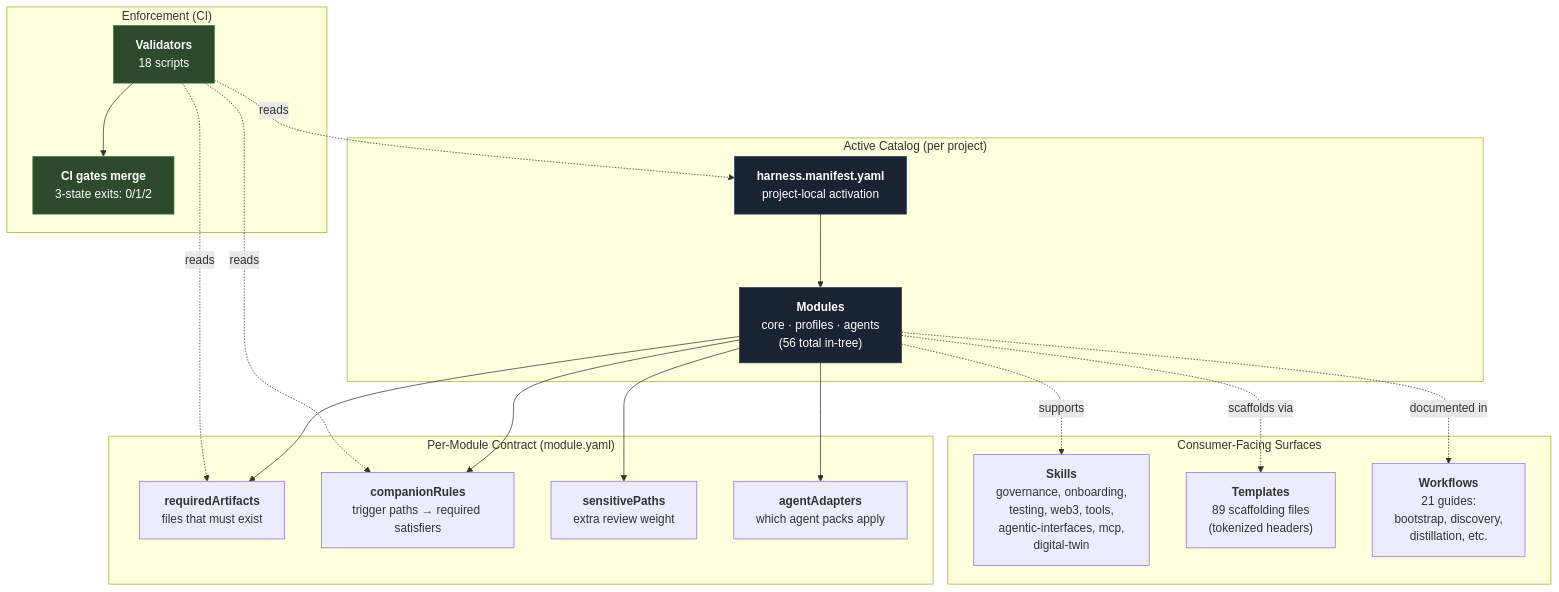
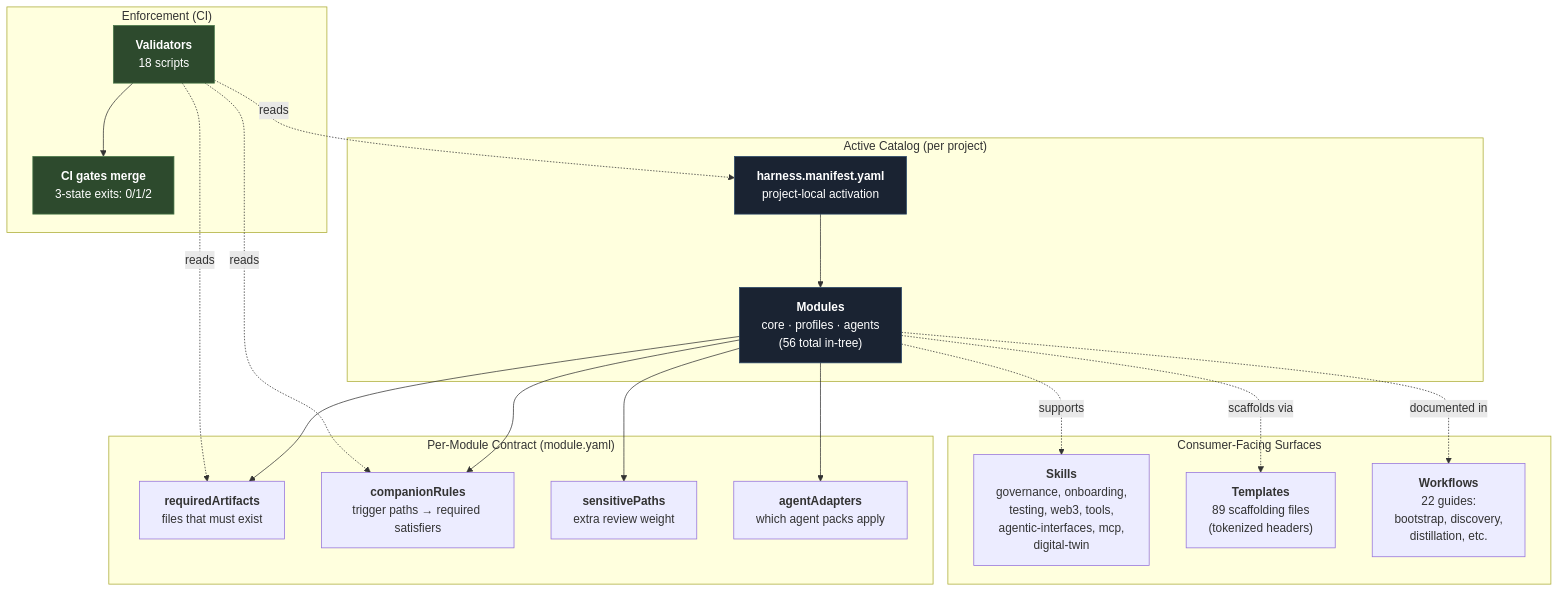
The first of 16 diagrams in docs/architecture/diagrams.md (unclenate/auto-harness), drawn with Mermaid before and after one commit. The commit also changed 11 other files, not shown here.

````diff
--- a/docs/architecture/diagrams.md
+++ b/docs/architecture/diagrams.md
@@ -53,38 +53,38 @@
 ```mermaid
 flowchart TD
     Manifest["<b>harness.manifest.yaml</b><br/>project-local activation"]
 
     subgraph CATALOG["Active Catalog (per project)"]
         Manifest --> Modules["<b>Modules</b><br/>core · profiles · agents<br/>(56 total in-tree)"]
     end
 
     subgraph CONTRACT["Per-Module Contract (module.yaml)"]
         Modules --> Required["<b>requiredArtifacts</b><br/>files that must exist"]
         Modules --> Companions["<b>companionRules</b><br/>trigger paths → required satisfiers"]
         Modules --> Sensitive["<b>sensitivePaths</b><br/>extra review weight"]
         Modules --> Adapters["<b>agentAdapters</b><br/>which agent packs apply"]
     end
 
     subgraph ENFORCE["Enforcement (CI)"]
         Validators["<b>Validators</b><br/>18 scripts"]
         Validators -.reads.-> Manifest
         Validators -.reads.-> Required
         Validators -.reads.-> Companions
         Validators --> CIGate["<b>CI gates merge</b><br/>3-state exits: 0/1/2"]
     end
 
     subgraph SURFACE["Consumer-Facing Surfaces"]
         Skills["<b>Skills</b><br/>governance, onboarding,<br/>testing, web3, tools,<br/>agentic-interfaces, mcp,<br/>digital-twin"]
         Templates["<b>Templates</b><br/>89 scaffolding files<br/>(tokenized headers)"]
-        Workflows["<b>Workflows</b><br/>21 guides:<br/>bootstrap, discovery,<br/>distillation, etc."]
+        Workflows["<b>Workflows</b><br/>22 guides:<br/>bootstrap, discovery,<br/>distillation, etc."]
     end
 
     Modules -.supports.-> Skills
     Modules -.scaffolds via.-> Templates
     Modules -.documented in.-> Workflows
 
     style Manifest fill:#1a2332,stroke:#2c4a6b,color:#fff
     style Modules fill:#1a2332,stroke:#2c4a6b,color:#fff
     style Validators fill:#2d4a2d,stroke:#4a7a4a,color:#fff
     style CIGate fill:#2d4a2d,stroke:#4a7a4a,color:#fff
 ```
````
